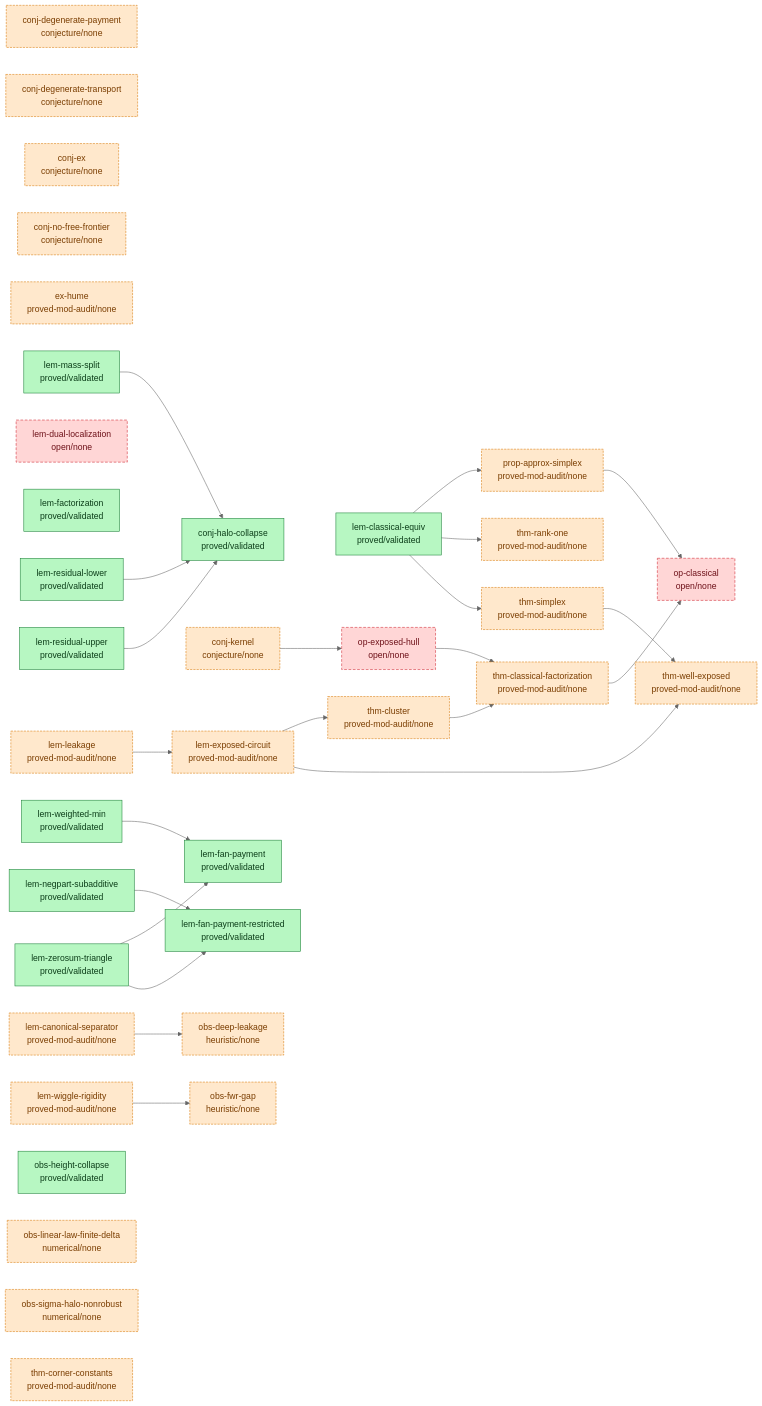
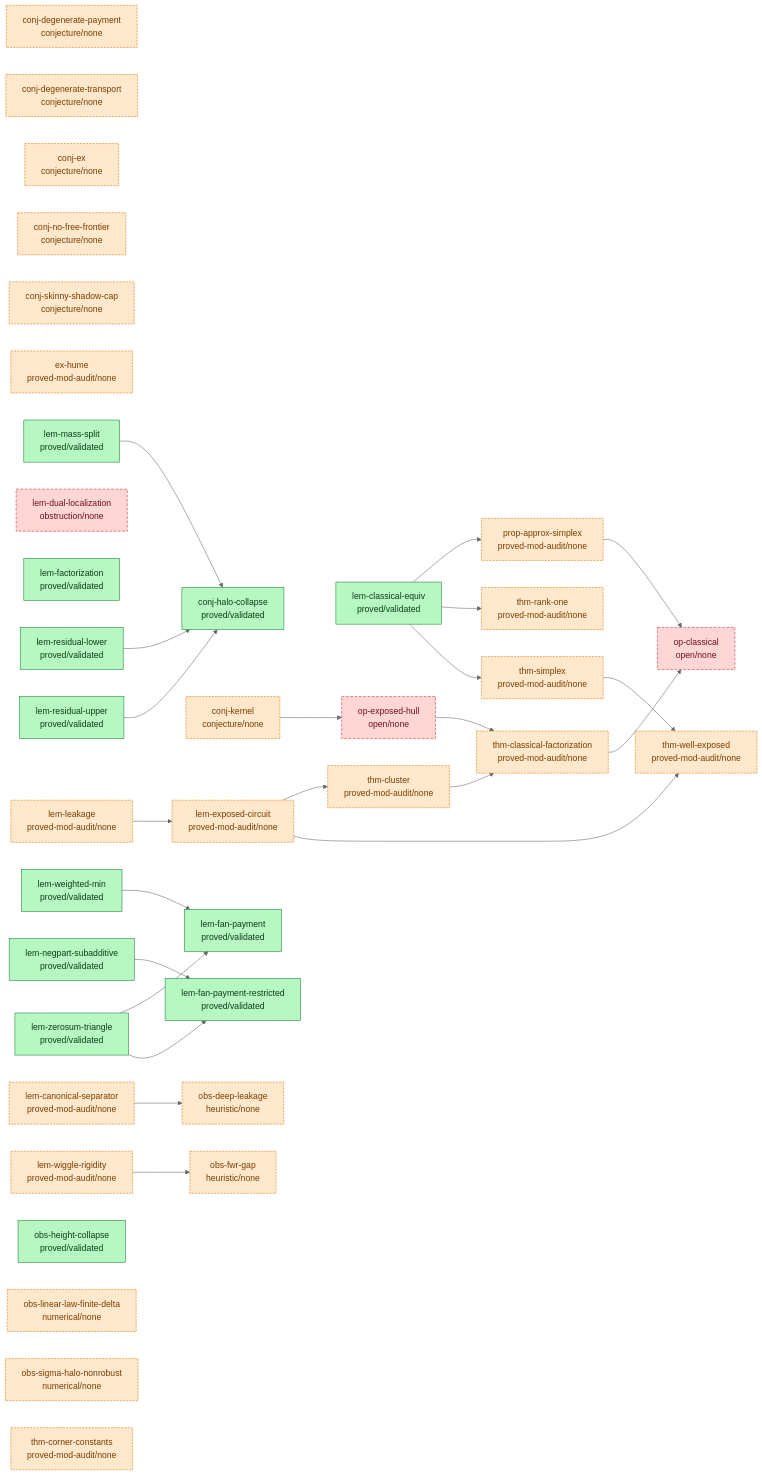
The diagram in argument/DAG.md (tobiasosborne/almost-idempotent-stochastic-maps), drawn with Mermaid (neutral theme) before and after one commit. The commit also changed other lines of this file and 11 other files, not shown here.

````diff
--- a/argument/DAG.md
+++ b/argument/DAG.md
@@ -6,70 +6,71 @@
 ```mermaid
 graph LR
   classDef validated fill:#b7f7c2,stroke:#1a7f37,color:#0b3d18;
   classDef proved fill:#cfe3ff,stroke:#0969da,color:#0a3069;
   classDef seeded fill:#fff3c4,stroke:#bf8700,color:#5a4500;
   classDef stated fill:#eaecef,stroke:#8b949e,color:#24292f;
   classDef cited fill:#e7d6ff,stroke:#8250df,color:#3b1a73;
   classDef nonrigorous fill:#ffe8cc,stroke:#d97706,color:#7a3d00,stroke-dasharray:4 2;
   classDef open fill:#ffd6d6,stroke:#cf222e,color:#6e1119,stroke-dasharray:5 3;
   conj-degenerate-payment["conj-degenerate-payment<br/>conjecture/none"]
   conj-degenerate-transport["conj-degenerate-transport<br/>conjecture/none"]
   conj-ex["conj-ex<br/>conjecture/none"]
   conj-halo-collapse["conj-halo-collapse<br/>proved/validated"]
   conj-kernel["conj-kernel<br/>conjecture/none"]
   conj-no-free-frontier["conj-no-free-frontier<br/>conjecture/none"]
+  conj-skinny-shadow-cap["conj-skinny-shadow-cap<br/>conjecture/none"]
   ex-hume["ex-hume<br/>proved-mod-audit/none"]
   lem-canonical-separator["lem-canonical-separator<br/>proved-mod-audit/none"]
   lem-classical-equiv["lem-classical-equiv<br/>proved/validated"]
-  lem-dual-localization["lem-dual-localization<br/>open/none"]
+  lem-dual-localization["lem-dual-localization<br/>obstruction/none"]
   lem-exposed-circuit["lem-exposed-circuit<br/>proved-mod-audit/none"]
   lem-factorization["lem-factorization<br/>proved/validated"]
   lem-fan-payment["lem-fan-payment<br/>proved/validated"]
   lem-fan-payment-restricted["lem-fan-payment-restricted<br/>proved/validated"]
   lem-leakage["lem-leakage<br/>proved-mod-audit/none"]
   lem-mass-split["lem-mass-split<br/>proved/validated"]
   lem-negpart-subadditive["lem-negpart-subadditive<br/>proved/validated"]
   lem-residual-lower["lem-residual-lower<br/>proved/validated"]
   lem-residual-upper["lem-residual-upper<br/>proved/validated"]
   lem-weighted-min["lem-weighted-min<br/>proved/validated"]
   lem-wiggle-rigidity["lem-wiggle-rigidity<br/>proved-mod-audit/none"]
   lem-zerosum-triangle["lem-zerosum-triangle<br/>proved/validated"]
   obs-deep-leakage["obs-deep-leakage<br/>heuristic/none"]
   obs-fwr-gap["obs-fwr-gap<br/>heuristic/none"]
   obs-height-collapse["obs-height-collapse<br/>proved/validated"]
   obs-linear-law-finite-delta["obs-linear-law-finite-delta<br/>numerical/none"]
   obs-sigma-halo-nonrobust["obs-sigma-halo-nonrobust<br/>numerical/none"]
   op-classical["op-classical<br/>open/none"]
   op-exposed-hull["op-exposed-hull<br/>open/none"]
   prop-approx-simplex["prop-approx-simplex<br/>proved-mod-audit/none"]
   thm-classical-factorization["thm-classical-factorization<br/>proved-mod-audit/none"]
   thm-cluster["thm-cluster<br/>proved-mod-audit/none"]
   thm-corner-constants["thm-corner-constants<br/>proved-mod-audit/none"]
   thm-rank-one["thm-rank-one<br/>proved-mod-audit/none"]
   thm-simplex["thm-simplex<br/>proved-mod-audit/none"]
   thm-well-exposed["thm-well-exposed<br/>proved-mod-audit/none"]
   conj-kernel --> op-exposed-hull
   lem-canonical-separator --> obs-deep-leakage
   lem-classical-equiv --> prop-approx-simplex
   lem-classical-equiv --> thm-rank-one
   lem-classical-equiv --> thm-simplex
   lem-exposed-circuit --> thm-cluster
   lem-exposed-circuit --> thm-well-exposed
   lem-leakage --> lem-exposed-circuit
   lem-mass-split --> conj-halo-collapse
   lem-negpart-subadditive --> lem-fan-payment-restricted
   lem-residual-lower --> conj-halo-collapse
   lem-residual-upper --> conj-halo-collapse
   lem-weighted-min --> lem-fan-payment
   lem-wiggle-rigidity --> obs-fwr-gap
   lem-zerosum-triangle --> lem-fan-payment
   lem-zerosum-triangle --> lem-fan-payment-restricted
   op-exposed-hull --> thm-classical-factorization
   prop-approx-simplex --> op-classical
   thm-classical-factorization --> op-classical
   thm-cluster --> thm-classical-factorization
   thm-simplex --> thm-well-exposed
   class conj-halo-collapse,lem-classical-equiv,lem-factorization,lem-fan-payment,lem-fan-payment-restricted,lem-mass-split,lem-negpart-subadditive,lem-residual-lower,lem-residual-upper,lem-weighted-min,lem-zerosum-triangle,obs-height-collapse validated;
-  class conj-degenerate-payment,conj-degenerate-transport,conj-ex,conj-kernel,conj-no-free-frontier,ex-hume,lem-canonical-separator,lem-exposed-circuit,lem-leakage,lem-wiggle-rigidity,obs-deep-leakage,obs-fwr-gap,obs-linear-law-finite-delta,obs-sigma-halo-nonrobust,prop-approx-simplex,thm-classical-factorization,thm-cluster,thm-corner-constants,thm-rank-one,thm-simplex,thm-well-exposed nonrigorous;
+  class conj-degenerate-payment,conj-degenerate-transport,conj-ex,conj-kernel,conj-no-free-frontier,conj-skinny-shadow-cap,ex-hume,lem-canonical-separator,lem-exposed-circuit,lem-leakage,lem-wiggle-rigidity,obs-deep-leakage,obs-fwr-gap,obs-linear-law-finite-delta,obs-sigma-halo-nonrobust,prop-approx-simplex,thm-classical-factorization,thm-cluster,thm-corner-constants,thm-rank-one,thm-simplex,thm-well-exposed nonrigorous;
   class lem-dual-localization,op-classical,op-exposed-hull open;
 ```
````
